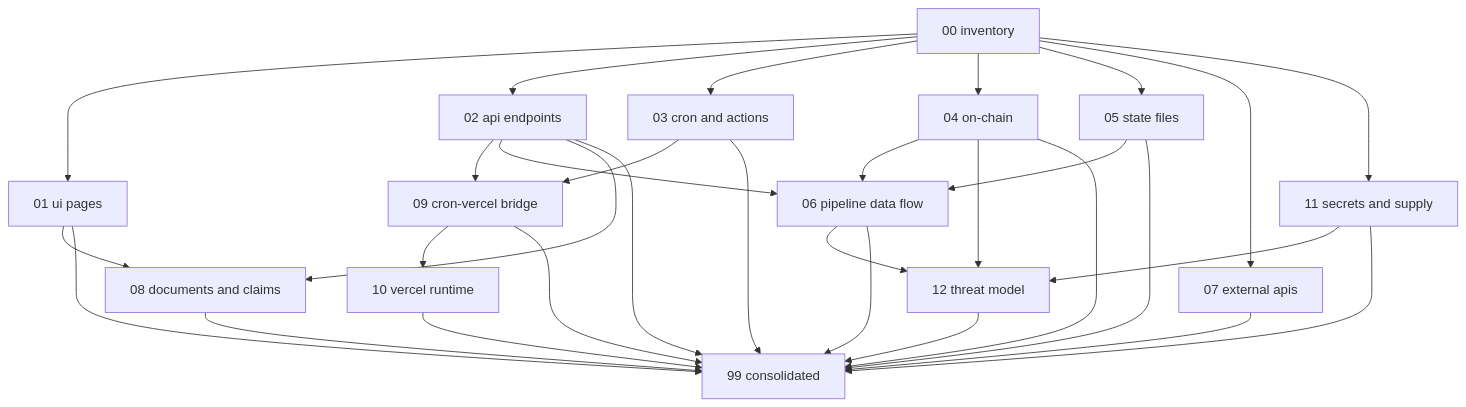
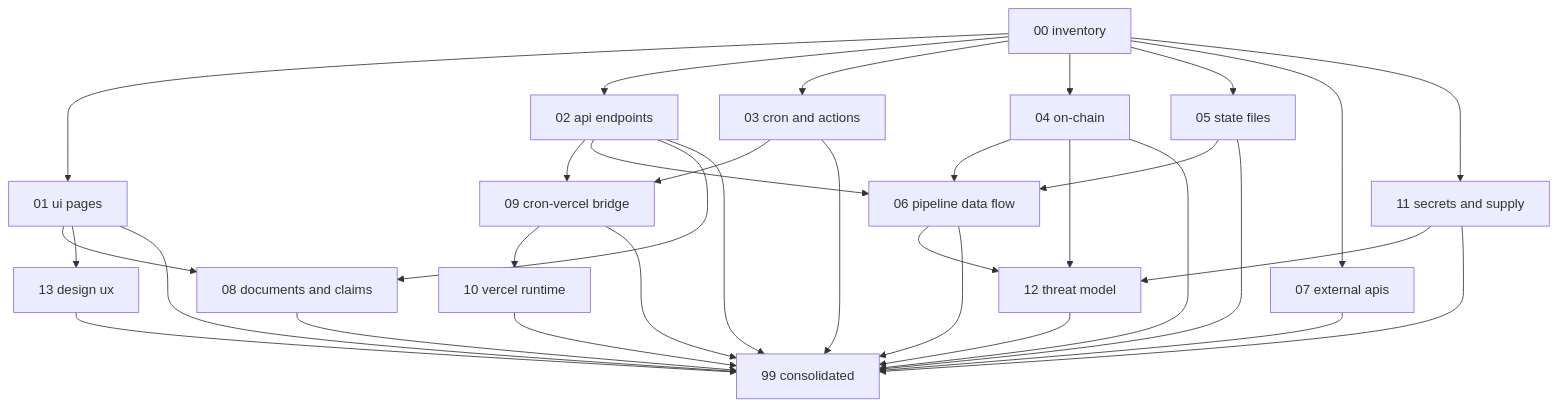
The diagram in .kiro/specs/system-audit-pre-submission/design.md (USBVadik/TuringVault-Core), drawn with Mermaid before and after one commit. The commit also changed other lines of this file and 2 other files, not shown here.

First line of the commit message:
spec(audit): add Design + UX audit (R14) — typography, motion, hero/wow, design playbook

````diff
--- a/.kiro/specs/system-audit-pre-submission/design.md
+++ b/.kiro/specs/system-audit-pre-submission/design.md
@@ -146,33 +149,35 @@
 ```mermaid
 flowchart TD
   Inv[00 inventory] --> UI[01 ui pages]
   Inv --> API[02 api endpoints]
   Inv --> Cron[03 cron and actions]
   Inv --> Chain[04 on-chain]
   Inv --> State[05 state files]
   Inv --> Ext[07 external apis]
   Cron --> Bridge[09 cron-vercel bridge]
   API --> Bridge
   API --> Pipe[06 pipeline data flow]
   State --> Pipe
   Chain --> Pipe
   UI --> Docs[08 documents and claims]
   API --> Docs
   Bridge --> Vercel[10 vercel runtime]
   Inv --> Sec[11 secrets and supply]
   Pipe --> Threat[12 threat model]
   Sec --> Threat
   Chain --> Threat
+  UI --> Design[13 design ux]
   UI --> Cons[99 consolidated]
   API --> Cons
   Cron --> Cons
   Chain --> Cons
   State --> Cons
   Ext --> Cons
   Pipe --> Cons
   Docs --> Cons
   Bridge --> Cons
   Vercel --> Cons
   Sec --> Cons
   Threat --> Cons
+  Design --> Cons
 ```
````
